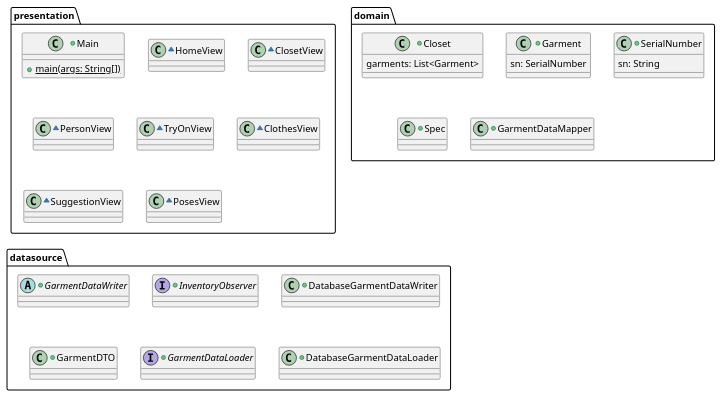
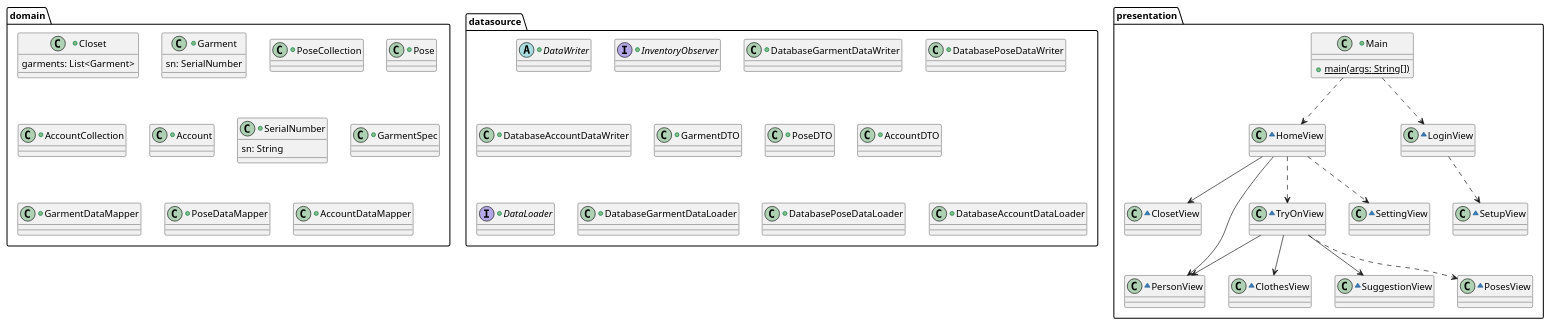
One commit to nu-cs-sw-design/project-20252601-hello_kitty_fans changed the diagram in docs/design/design.puml. Above: the diagram before and after it, drawn with PlantUML.

Commit message:
Add More Classes

```diff
--- a/docs/design/design.puml
+++ b/docs/design/design.puml
@@ -1,96 +1,171 @@
 @startuml
 package presentation
 {
     +class Main{
         +{static} main(args: String[])
     }
     ~class HomeView
     {
 
+    }
+    
+    ~class LoginView
+    {
+
+    }
+    ~class SetupView
+    {
+        
     }
     ~class ClosetView
     {
         
     }
     ~class PersonView
     {
         
     }
     ~class TryOnView
     {
         
     }
     ~class ClothesView
     {
         
     }
     ~class SuggestionView
     {
         
     }
     ~class PosesView
     {
         
     }
+    ~class SettingView
+    {
+        
+    }
 
 }
+Main ..> HomeView
+Main ..> LoginView
 
+LoginView ..> SetupView
+HomeView --> ClosetView
+HomeView --> PersonView
+HomeView ..> TryOnView
+HomeView ..> SettingView
+TryOnView --> ClothesView
+TryOnView --> PersonView
+TryOnView --> SuggestionView
+TryOnView ..> PosesView
 package domain
 {
     +class Closet
     {
         garments: List<Garment>
     }
 
     +class Garment
     {
         sn: SerialNumber
 
     }
+
+    +class PoseCollection
+    {
+
+    }
+
+    +class Pose{
+
+    }
+    +class AccountCollection
+    {
+
+    }
+    +class Account
+    {
+
+    }
+    
     +class SerialNumber
     {
         sn: String
     }
-    +class Spec
+
+    +class GarmentSpec
     {
 
     }
     +class GarmentDataMapper
     {
 
     }
+    +class PoseDataMapper
+    {
+        
+    }
+    +class AccountDataMapper
+    {
+
+    }
 }
 
 package datasource
 {
-    +abstract class GarmentDataWriter
+    +abstract class DataWriter
     {
 
     }
     
 
     +interface InventoryObserver
     {
 
     }
 
     +class DatabaseGarmentDataWriter
     {
 
     }
+    +class DatabasePoseDataWriter
+    {
+
+    }
+    +class DatabaseAccountDataWriter
+    {
+
+    }
 
     +class GarmentDTO
     {
         
     }
-    +interface GarmentDataLoader
+    +class PoseDTO
+    {
+
+    }
+    +class AccountDTO
+    {
+
+    }
+    +interface DataLoader
     {
 
     }
     +class DatabaseGarmentDataLoader
     {
-        
+
+    }
+    +class DatabasePoseDataLoader
+    {
+
+    }
+    +class DatabaseAccountDataLoader
+    {
+
     }
 
 }
 @enduml
```
